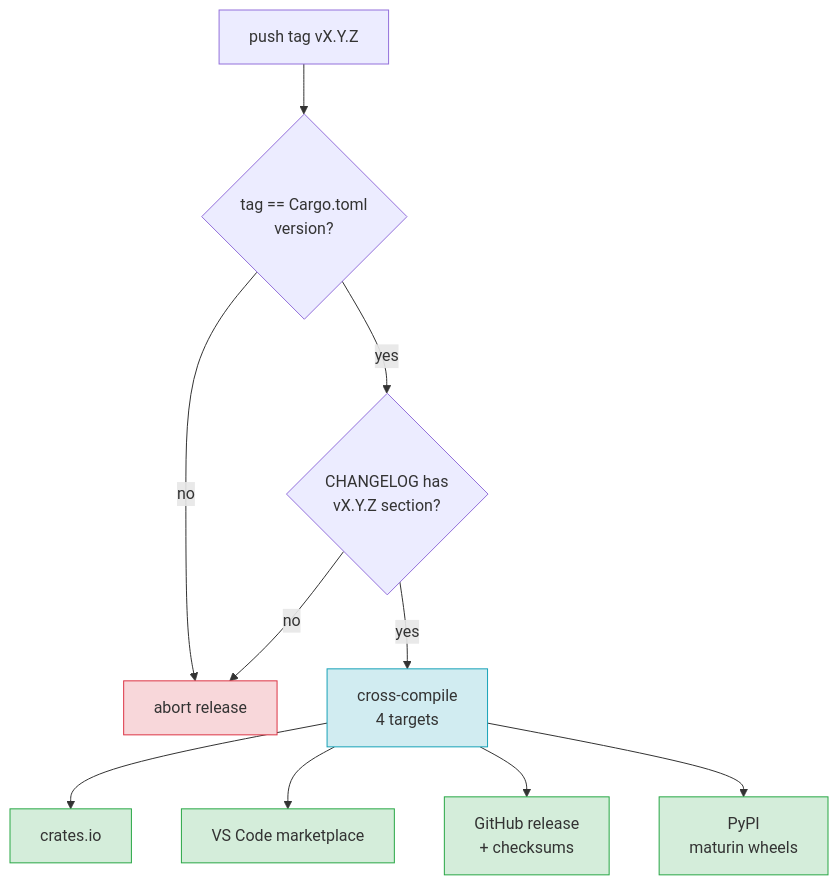
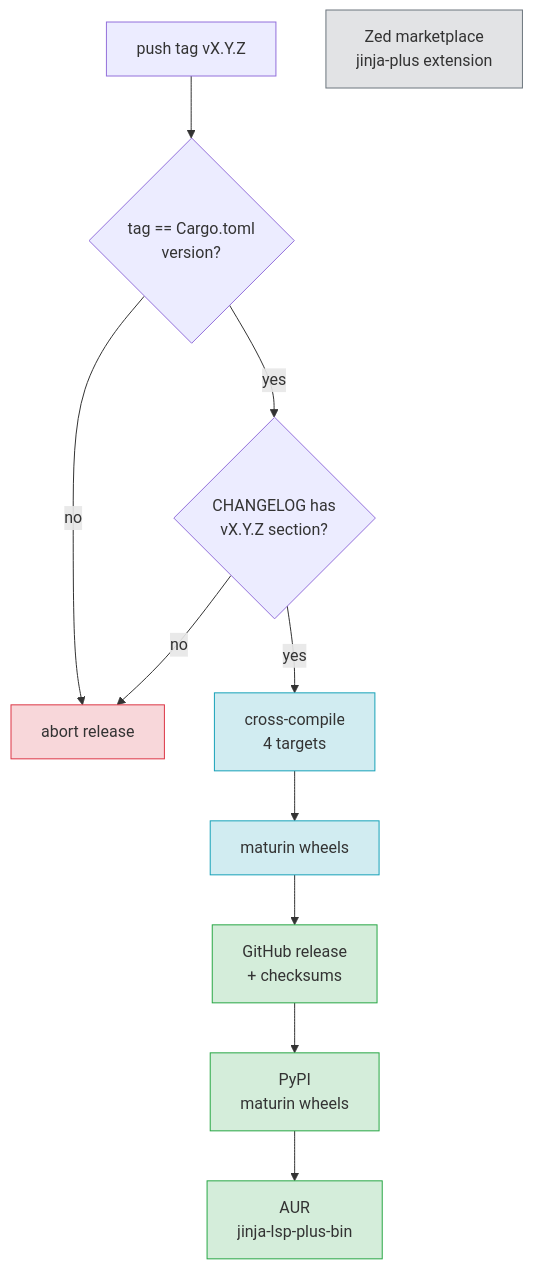
The diagram in specs/features/F21-release-ci.md (alex-oleshkevich/jinja-lsp), drawn with Mermaid before and after one commit. The commit also changed other lines of this file and 5 other files, not shown here.

First line of the commit message:
docs(specs): ADR-011 — drop VS Code, crates.io and Zed binary download

````diff
--- a/specs/features/F21-release-ci.md
+++ b/specs/features/F21-release-ci.md
@@ -191,15 +193,17 @@
 ```mermaid
 flowchart TD
     T[push tag vX.Y.Z] --> G{tag == Cargo.toml<br/>version?}
     G -- no --> A[abort release]:::err
     G -- yes --> C{CHANGELOG has<br/>vX.Y.Z section?}
     C -- no --> A
     C -- yes --> B[cross-compile<br/>4 targets]:::eng
-    B --> R1[crates.io]:::ok
-    B --> R2[VS Code marketplace]:::ok
-    B --> R3[GitHub release<br/>+ checksums]:::ok
-    B --> R4[PyPI<br/>maturin wheels]:::ok
+    B --> W[maturin wheels]:::eng
+    W --> R1[GitHub release<br/>+ checksums]:::ok
+    R1 --> R2[PyPI<br/>maturin wheels]:::ok
+    R2 --> R3[AUR<br/>jinja-lsp-plus-bin]:::ok
+    Z[Zed marketplace<br/>jinja-plus extension]:::sep
     classDef ok fill:#d4edda,stroke:#28a745;
+    classDef sep fill:#e2e3e5,stroke:#6c757d;
     classDef err fill:#f8d7da,stroke:#dc3545;
     classDef eng fill:#d1ecf1,stroke:#17a2b8;
 ```
````
